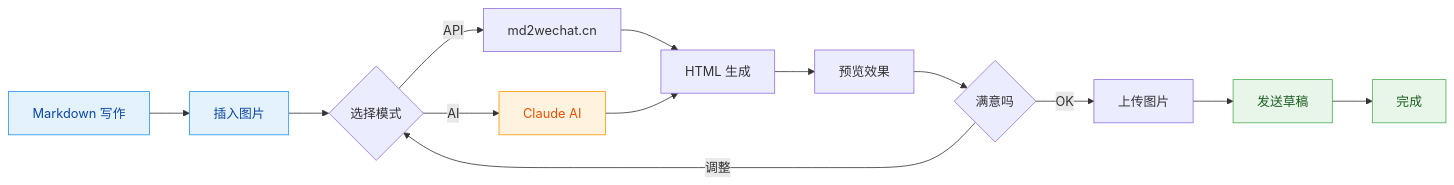
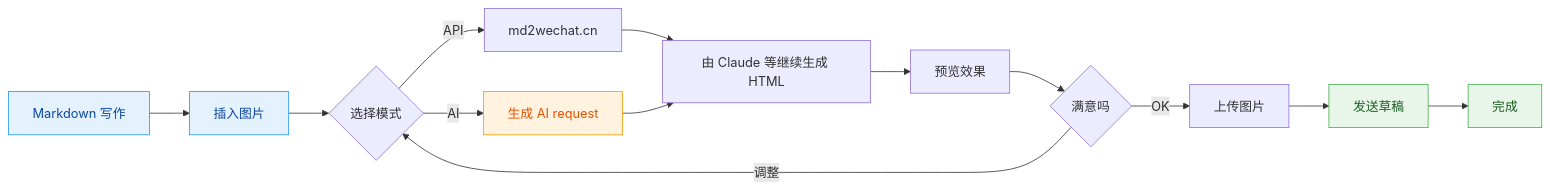
Before and after one commit to 899ms/md2wechat-skill: the second of 5 diagrams in README.md, drawn with Mermaid. The commit also changed other lines of this file and 4 other files, not shown here.

````diff
--- a/README.md
+++ b/README.md
@@ -123,28 +137,28 @@
 ```mermaid
 flowchart LR
     A1[Markdown 写作] --> A2[插入图片]
     A2 --> B1{选择模式}
 
     B1 -->|API| B2[md2wechat.cn]
-    B1 -->|AI| B3[Claude AI]
+    B1 -->|AI| B3[生成 AI request]
 
     B2 --> B4[HTML 生成]
-    B3 --> B4
+    B3 --> B4[由 Claude 等继续生成 HTML]
 
     B4 --> C1[预览效果]
     C1 --> C2{满意吗}
 
     C2 -->|调整| B1
     C2 -->|OK| C3[上传图片]
     C3 --> C4[发送草稿]
     C4 --> C5[完成]
 
     classDef write fill:#e3f2fd,stroke:#2196f3,color:#0d47a1
     classDef ai fill:#fff3e0,stroke:#ff9800,color:#e65100
     classDef done fill:#e8f5e9,stroke:#4caf50,color:#1b5e20
     classDef success fill:#c8e6c9,stroke:#4caf50,color:#1b5e20
 
     class A1,A2 write
     class B3 ai
     class C4,C5 done
 ```
````
